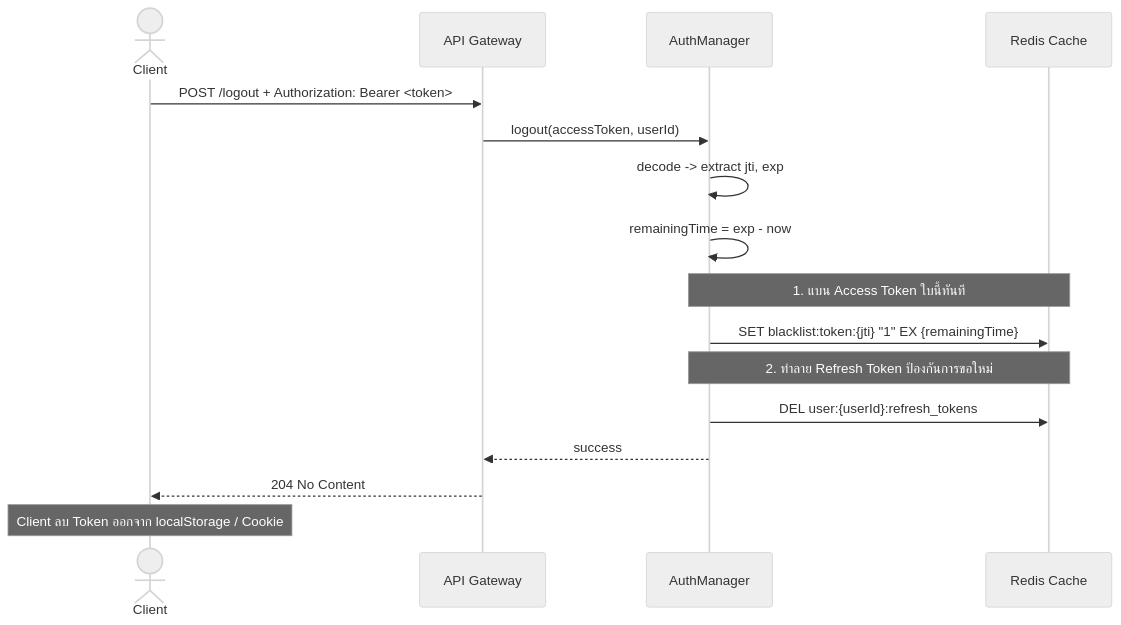
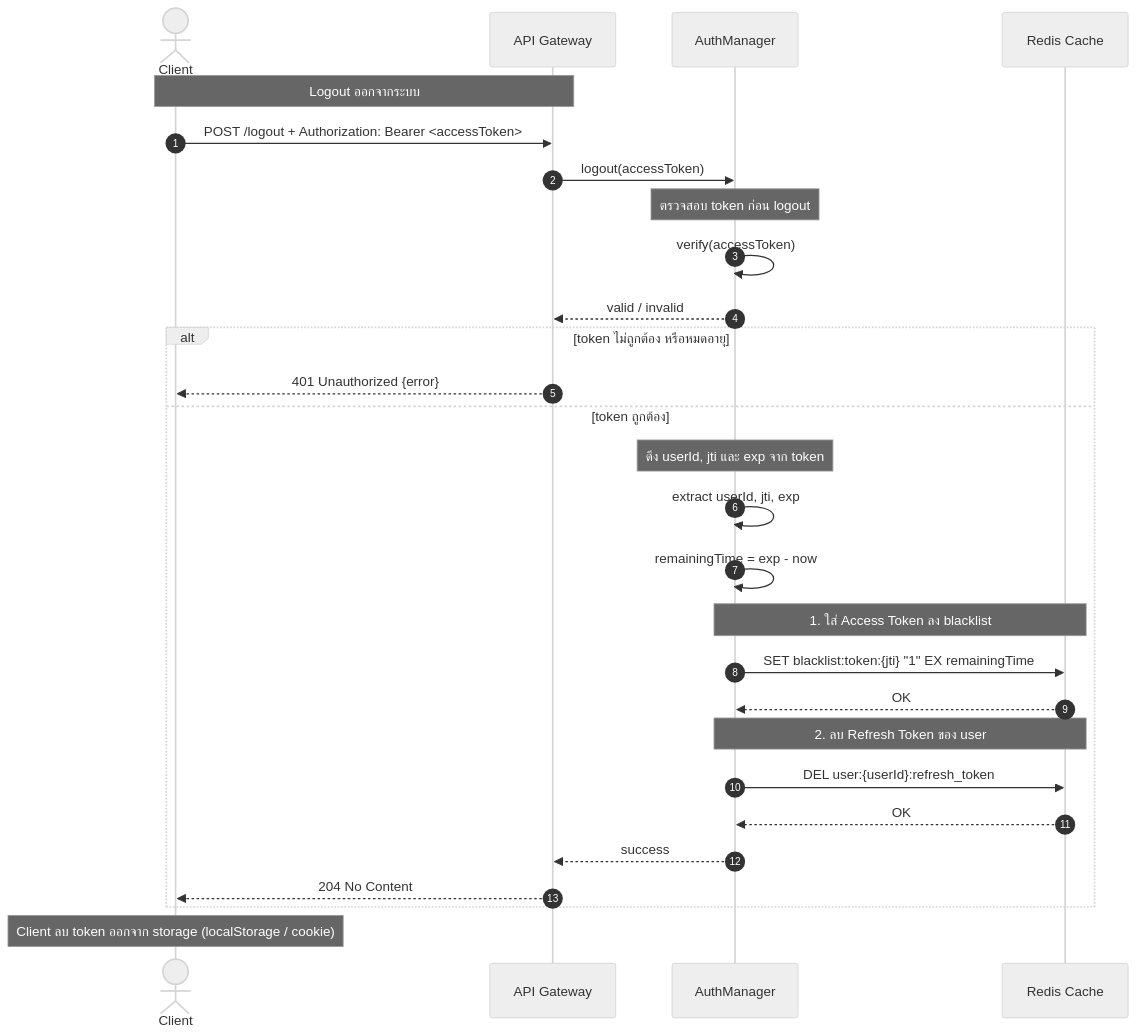
The fourth of 4 diagrams in doc/sequence_02_auth.md (Bank-e/Music-Video-Streaming-Subscription-System), drawn with Mermaid (neutral theme) before and after one commit. The commit also changed other lines of this file and 4 other files, not shown here.

````diff
--- a/doc/sequence_02_auth.md
+++ b/doc/sequence_02_auth.md
@@ -142,24 +173,39 @@
 ```mermaid
 sequenceDiagram
-  actor Client
-  participant API as API Gateway
-  participant AM as AuthManager
-  participant Cache as Redis Cache
+    autonumber
+    actor Client
+    participant API as API Gateway
+    participant AM as AuthManager
+    participant Cache as Redis Cache
 
-  Client->>API: POST /logout + Authorization: Bearer <token>
-  API->>AM: logout(accessToken, userId)
+    Note over Client,API: Logout ออกจากระบบ
 
-  AM->>AM: decode -> extract jti, exp
-  AM->>AM: remainingTime = exp - now
+    Client->>API: POST /logout + Authorization: Bearer <accessToken>
 
-  Note over AM,Cache: 1. แบน Access Token ใบนี้ทันที
-  AM->>Cache: SET blacklist:token:{jti} "1" EX {remainingTime}
+    API->>AM: logout(accessToken)
 
-  Note over AM,Cache: 2. ทำลาย Refresh Token ป้องกันการขอใหม่
-  AM->>Cache: DEL user:{userId}:refresh_tokens
+    Note over AM: ตรวจสอบ token ก่อน logout
+    AM->>AM: verify(accessToken)
+    AM-->>API: valid / invalid
 
-  AM-->>API: success
-  API-->>Client: 204 No Content
+    alt token ไม่ถูกต้อง หรือหมดอายุ
+        API-->>Client: 401 Unauthorized {error}
+    else token ถูกต้อง
+        Note over AM: ดึง userId, jti และ exp จาก token
+        AM->>AM: extract userId, jti, exp
+        AM->>AM: remainingTime = exp - now
 
-  Note over Client: Client ลบ Token ออกจาก localStorage / Cookie
+        Note over AM,Cache: 1. ใส่ Access Token ลง blacklist
+        AM->>Cache: SET blacklist:token:{jti} "1" EX remainingTime
+        Cache-->>AM: OK
+
+        Note over AM,Cache: 2. ลบ Refresh Token ของ user
+        AM->>Cache: DEL user:{userId}:refresh_token
+        Cache-->>AM: OK
+
+        AM-->>API: success
+        API-->>Client: 204 No Content
+    end
+
+    Note over Client: Client ลบ token ออกจาก storage (localStorage / cookie)
 ```
````
